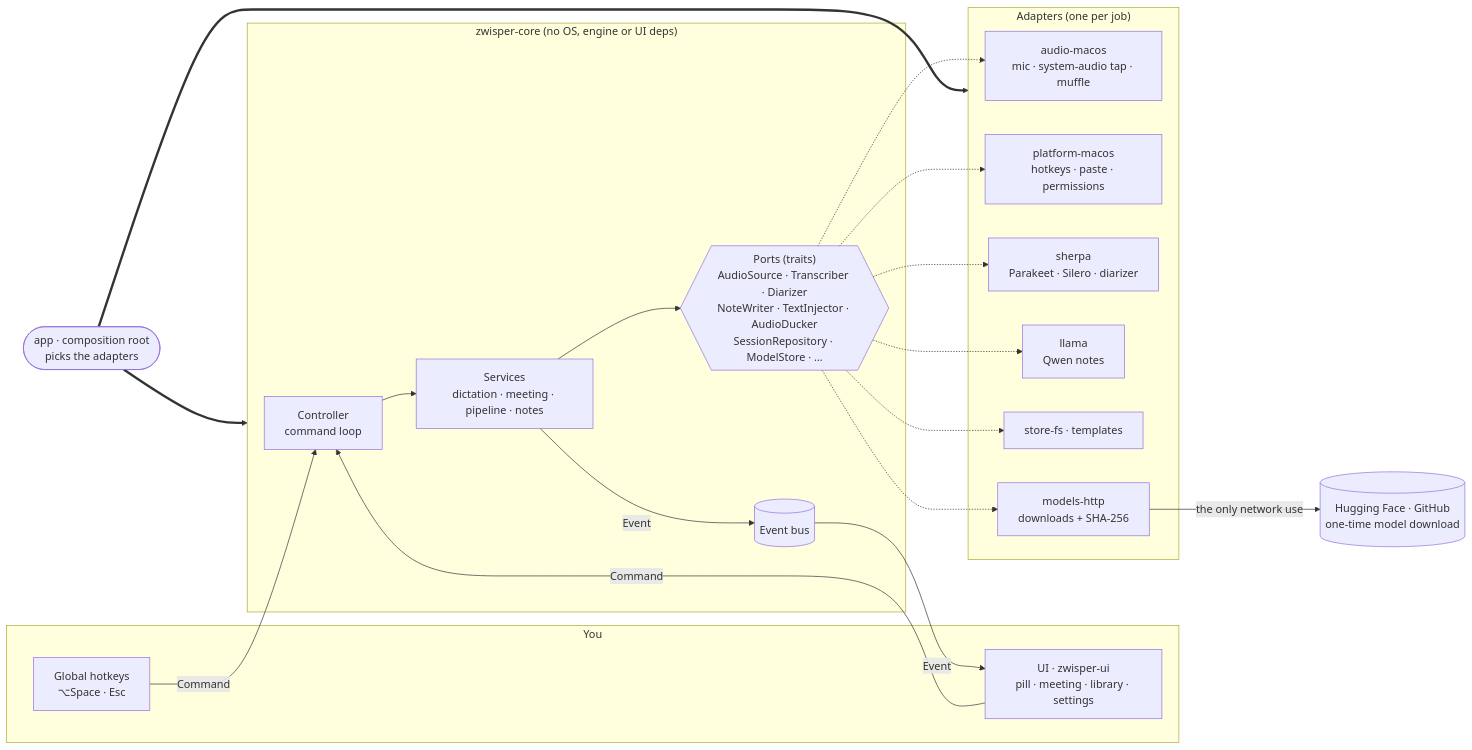
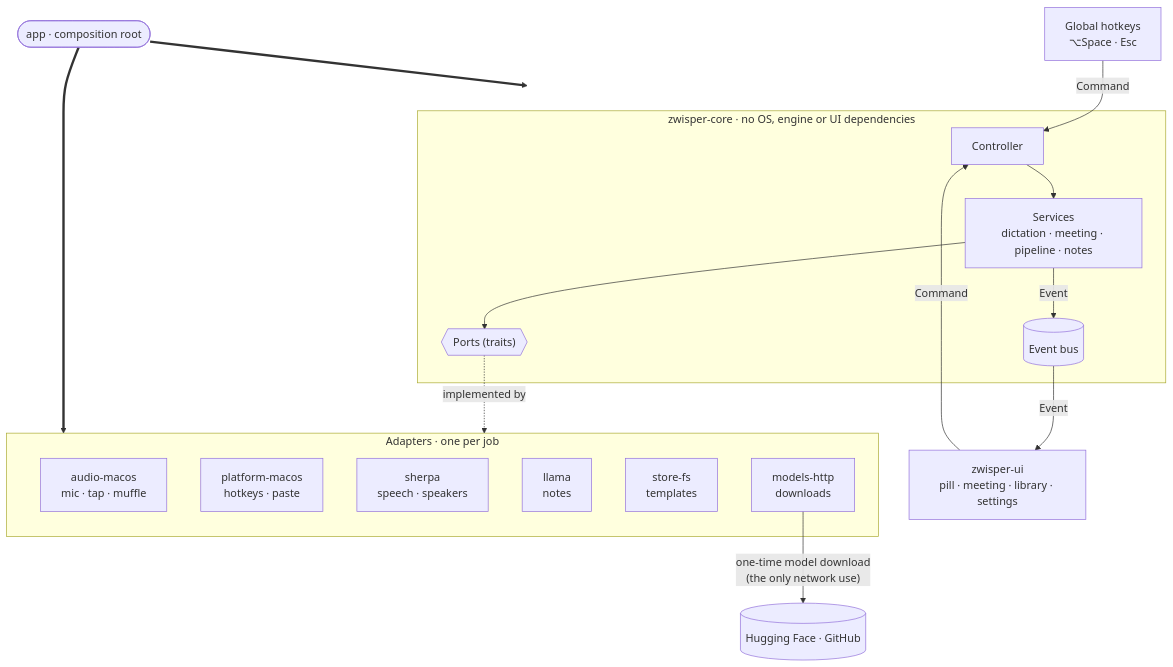
Before and after one commit to Klectr/zwisper: the diagram in README.md, drawn with Mermaid.

Commit message:
README: redraw the architecture diagram top-to-bottom

````diff
--- a/README.md
+++ b/README.md
@@ -124,44 +124,35 @@
 ```mermaid
-flowchart LR
-    subgraph input["You"]
-        keys["Global hotkeys<br/>⌥Space · Esc"]
-        ui["UI · zwisper-ui<br/>pill · meeting · library · settings"]
+flowchart TB
+    keys["Global hotkeys<br/>⌥Space · Esc"]
+    ui["zwisper-ui<br/>pill · meeting · library · settings"]
+
+    subgraph core["zwisper-core · no OS, engine or UI dependencies"]
+        ctl["Controller"]
+        svc["Services<br/>dictation · meeting · pipeline · notes"]
+        bus[("Event bus")]
+        ports{{"Ports (traits)"}}
+        ctl --> svc
+        svc --> ports
+        svc -- Event --> bus
     end
 
-    subgraph core["zwisper-core (no OS, engine or UI deps)"]
-        ctl["Controller<br/>command loop"]
-        svc["Services<br/>dictation · meeting · pipeline · notes"]
-        ports{{"Ports (traits)<br/>AudioSource · Transcriber · Diarizer<br/>NoteWriter · TextInjector · AudioDucker<br/>SessionRepository · ModelStore · …"}}
-        bus[("Event bus")]
+    subgraph adapters["Adapters · one per job"]
+        audio["audio-macos<br/>mic · tap · muffle"]
+        platform["platform-macos<br/>hotkeys · paste"]
+        sherpa["sherpa<br/>speech · speakers"]
+        llama["llama<br/>notes"]
+        store["store-fs<br/>templates"]
+        models["models-http<br/>downloads"]
     end
 
-    subgraph adapters["Adapters (one per job)"]
-        audio["audio-macos<br/>mic · system-audio tap · muffle"]
-        platform["platform-macos<br/>hotkeys · paste · permissions"]
-        sherpa["sherpa<br/>Parakeet · Silero · diarizer"]
-        llama["llama<br/>Qwen notes"]
-        store["store-fs · templates"]
-        models["models-http<br/>downloads + SHA-256"]
-    end
-
-    app(["app · composition root<br/>picks the adapters"])
-    hf[("Hugging Face · GitHub<br/>one-time model download")]
+    app(["app · composition root"])
+    net[("Hugging Face · GitHub")]
 
     keys -- Command --> ctl
     ui -- Command --> ctl
-    ctl --> svc
-    svc --> ports
-    svc -- Event --> bus
     bus -- Event --> ui
-
-    ports -.-> audio
-    ports -.-> platform
-    ports -.-> sherpa
-    ports -.-> llama
-    ports -.-> store
-    ports -.-> models
-
+    ports -. implemented by .-> adapters
     app ==> core
     app ==> adapters
-    models -- "the only network use" --> hf
+    models -- "one-time model download<br/>(the only network use)" --> net
 ```
````
